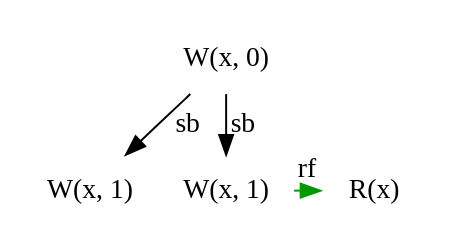
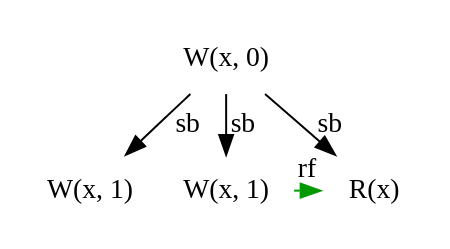
Before and after one commit to vlstill/presentations: the diagram in pds_2018s_b/exg00.dot, drawn with Graphviz. The commit also changed 2 other files, not shown here.

```diff
--- a/pds_2018s_b/exg00.dot
+++ b/pds_2018s_b/exg00.dot
@@ -1,13 +1,13 @@
 digraph exg00 {
     node [ shape = none ]
     graph [ ranksep = 0, nodesep = 0 ]
 
     w0 [label = "W(x, 0)"]
     w1 [label = "W(x, 1)"]
     w2 [label = "W(x, 1)"]
     w0 -> {w1,w2} [label = "sb"]
+    w0 -> r1 [label = "sb"]
     r1 [label = "R(x)"]
-    w0 -> r1 [style = "invis" ]
     w2 -> r1 [label = "rf", constraint = false, style = dashed, color = "#009900"]
 }
 // vim: nospell
```
